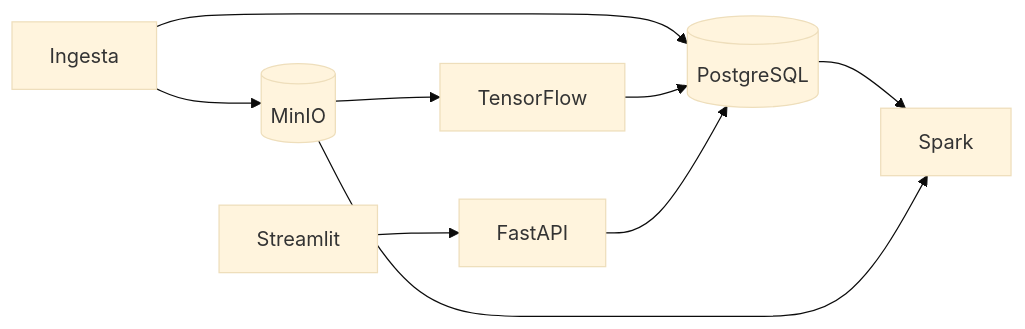
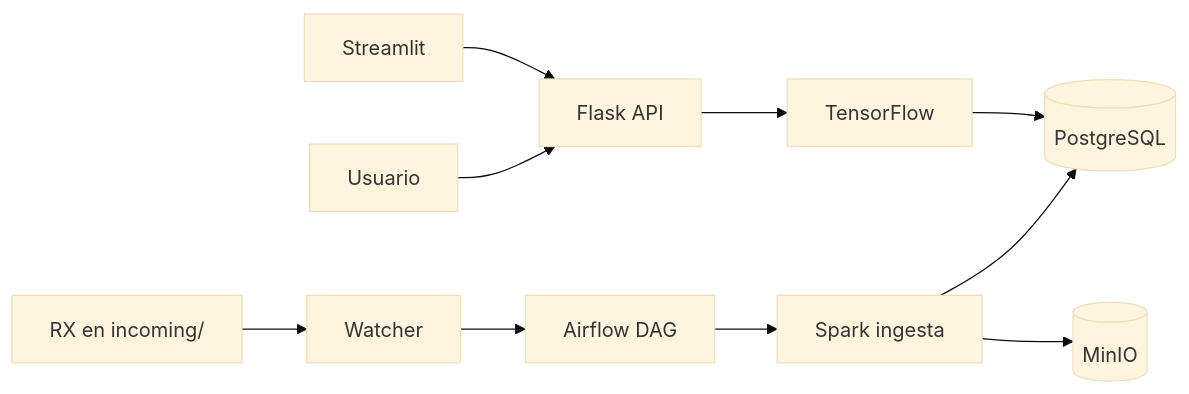
The diagram in README.md (yagoalonsodev/salle-hospital), drawn with Mermaid (base theme) before and after one commit. The commit also changed other lines of this file and 9 other files, not shown here.

First line of the commit message:
docs: Día 9 — memoria técnica, diagramas, ética y README

````diff
--- a/README.md
+++ b/README.md
@@ -22,11 +68,12 @@
 ```mermaid
 flowchart LR
-    IN[Ingesta] --> PG[(PostgreSQL)]
-    IN --> S3[(MinIO)]
-    PG --> SP[Spark]
-    S3 --> SP
-    S3 --> ML[TensorFlow]
-    ML --> PG
-    API[FastAPI] --> PG
+    RX[RX en incoming/] --> W[Watcher]
+    W --> AF[Airflow DAG]
+    AF --> SP[Spark ingesta]
+    SP --> DB[(PostgreSQL)]
+    SP --> S3[(MinIO)]
+    U[Usuario] --> API[Flask API]
+    API --> ML[TensorFlow]
+    ML --> DB
     DASH[Streamlit] --> API
 ```
````
